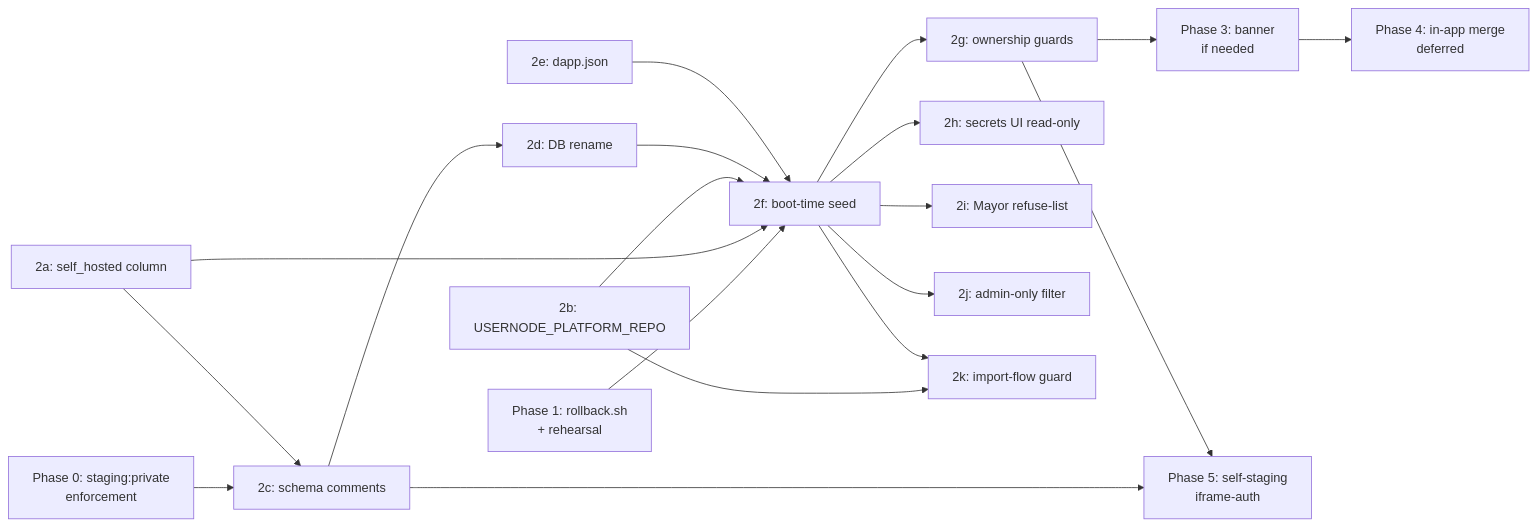
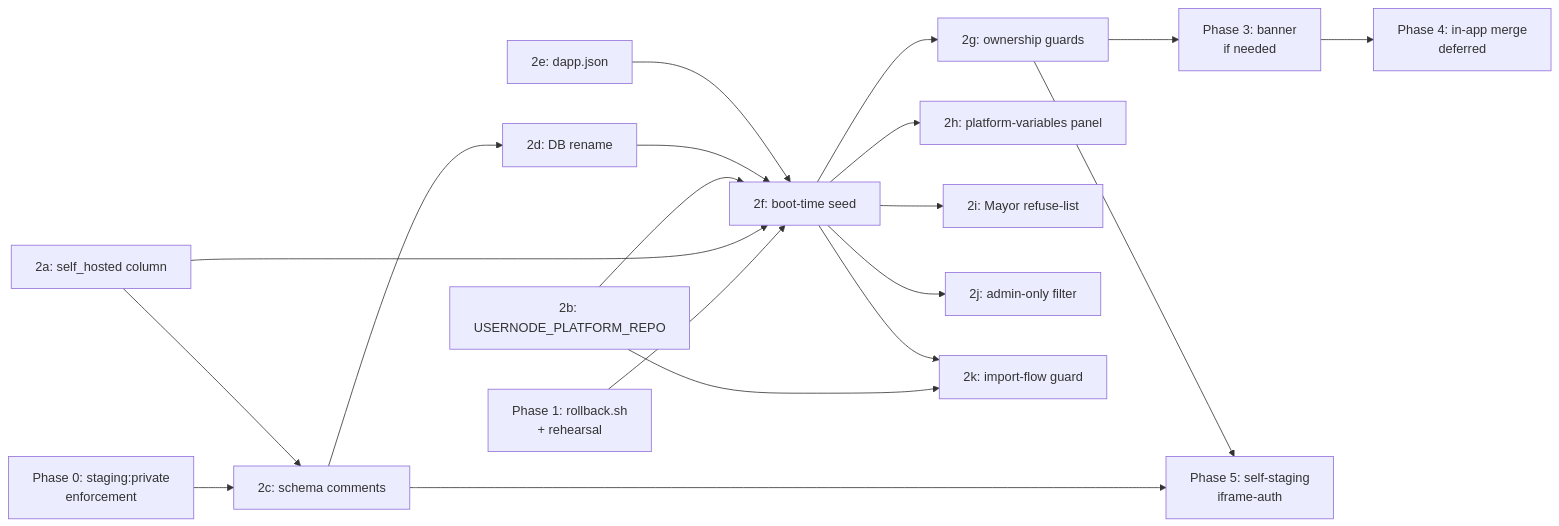
The second of 2 diagrams in SELF-HOSTING.md (Usernode-Labs/social-vibecoding), drawn with Mermaid before and after one commit. The commit also changed other lines of this file and 19 other files, not shown here.

````diff
--- a/SELF-HOSTING.md
+++ b/SELF-HOSTING.md
@@ -833,38 +858,38 @@
 ```mermaid
 flowchart LR
     P0[Phase 0: staging:private<br/>enforcement]
     P1[Phase 1: rollback.sh<br/>+ rehearsal]
     P2a[2a: self_hosted column]
     P2b[2b: USERNODE_PLATFORM_REPO]
     P2c[2c: schema comments]
     P2d[2d: DB rename]
     P2e[2e: dapp.json]
     P2f[2f: boot-time seed]
     P2g[2g: ownership guards]
-    P2h[2h: secrets UI read-only]
+    P2h[2h: platform-variables panel]
     P2i[2i: Mayor refuse-list]
     P2j[2j: admin-only filter]
     P2k[2k: import-flow guard]
     P3[Phase 3: banner<br/>if needed]
     P4[Phase 4: in-app merge<br/>deferred]
     P5[Phase 5: self-staging<br/>iframe-auth]
 
     P0 --> P2c
     P1 --> P2f
     P2a --> P2c
     P2a --> P2f
     P2b --> P2f
     P2b --> P2k
     P2c --> P2d
     P2c --> P5
     P2d --> P2f
     P2e --> P2f
     P2f --> P2g
     P2f --> P2h
     P2f --> P2i
     P2f --> P2j
     P2f --> P2k
     P2g --> P3
     P2g --> P5
     P3 --> P4
 ```
````
